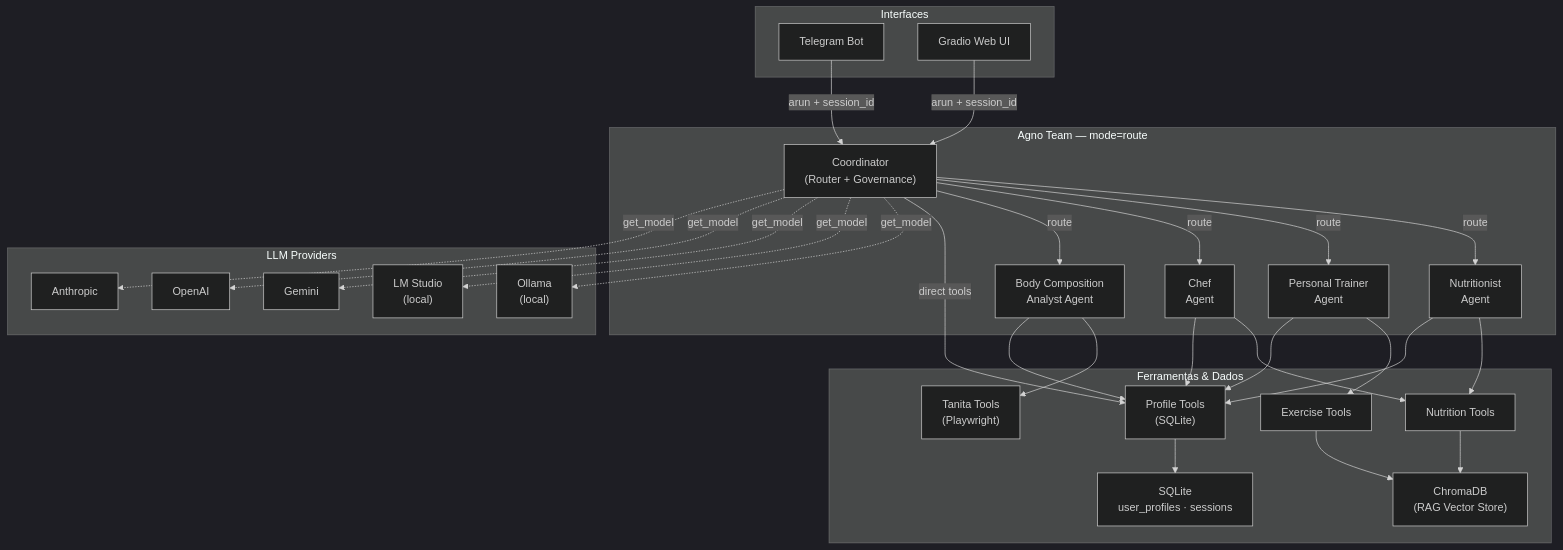
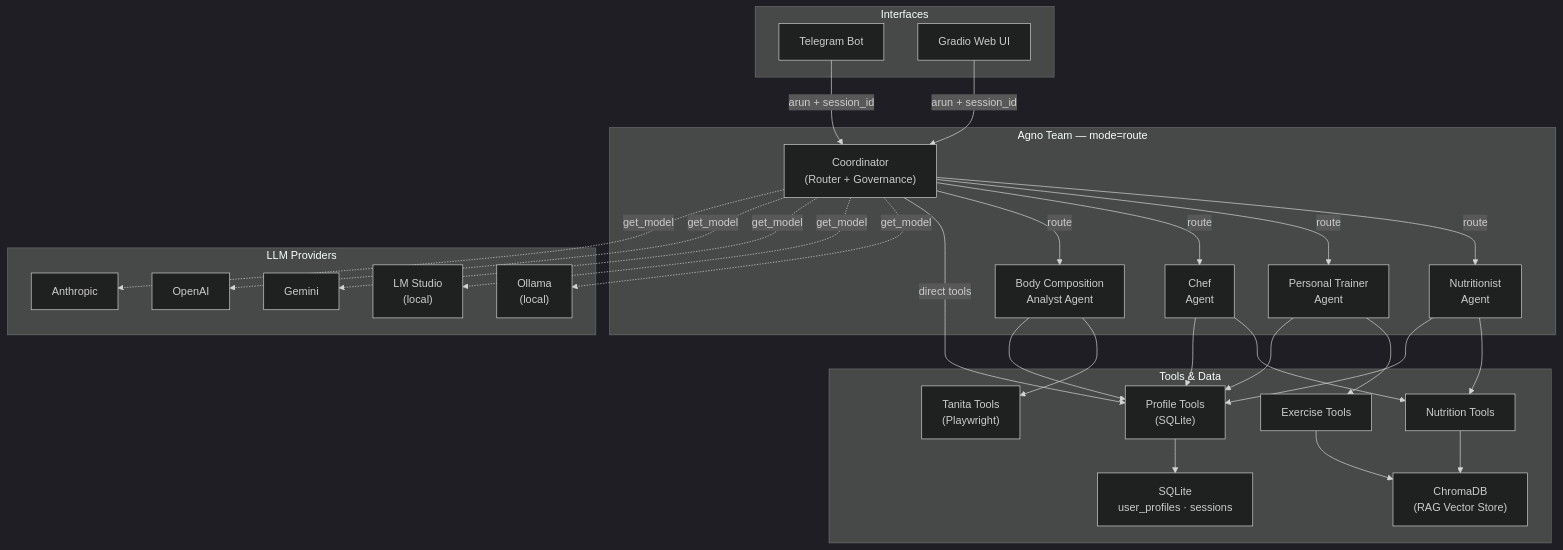
The first of 5 diagrams in ARCHITECTURE.md (brunomigueldasilva/my-health-assistant), drawn with Mermaid (dark theme) before and after one commit. The commit also changed other lines of this file, not shown here.

Commit message:
Translate ARCHITECTURE to english.

````diff
--- a/ARCHITECTURE.md
+++ b/ARCHITECTURE.md
@@ -9,55 +9,55 @@
 ```mermaid
 graph TB
     subgraph Interfaces
         TG["Telegram Bot"]
         GR["Gradio Web UI"]
     end
 
     subgraph agnoTeam["Agno Team — mode=route"]
         CO["Coordinator\n(Router + Governance)"]
         NU["Nutritionist\nAgent"]
         TR["Personal Trainer\nAgent"]
         CH["Chef\nAgent"]
         BC["Body Composition\nAnalyst Agent"]
     end
 
-    subgraph ferramentas["Ferramentas & Dados"]
+    subgraph tools["Tools & Data"]
         PT["Profile Tools\n(SQLite)"]
         NT["Nutrition Tools"]
         ET["Exercise Tools"]
         TT["Tanita Tools\n(Playwright)"]
         KB["ChromaDB\n(RAG Vector Store)"]
         DB["SQLite\nuser_profiles · sessions"]
     end
 
     subgraph llmProviders["LLM Providers"]
         OL["Ollama\n(local)"]
         LS["LM Studio\n(local)"]
         GM["Gemini"]
         OA["OpenAI"]
         AN["Anthropic"]
     end
 
     TG -->|arun + session_id| CO
     GR -->|arun + session_id| CO
 
     CO -->|route| NU
     CO -->|route| TR
     CO -->|route| CH
     CO -->|route| BC
     CO -->|direct tools| PT
 
     NU --> NT & PT
     TR --> ET & PT
     CH --> NT & PT
     BC --> TT & PT
 
     NT & ET --> KB
     PT --> DB
 
     CO -.->|get_model| OL
     CO -.->|get_model| LS
     CO -.->|get_model| GM
     CO -.->|get_model| OA
     CO -.->|get_model| AN
 ```
````
